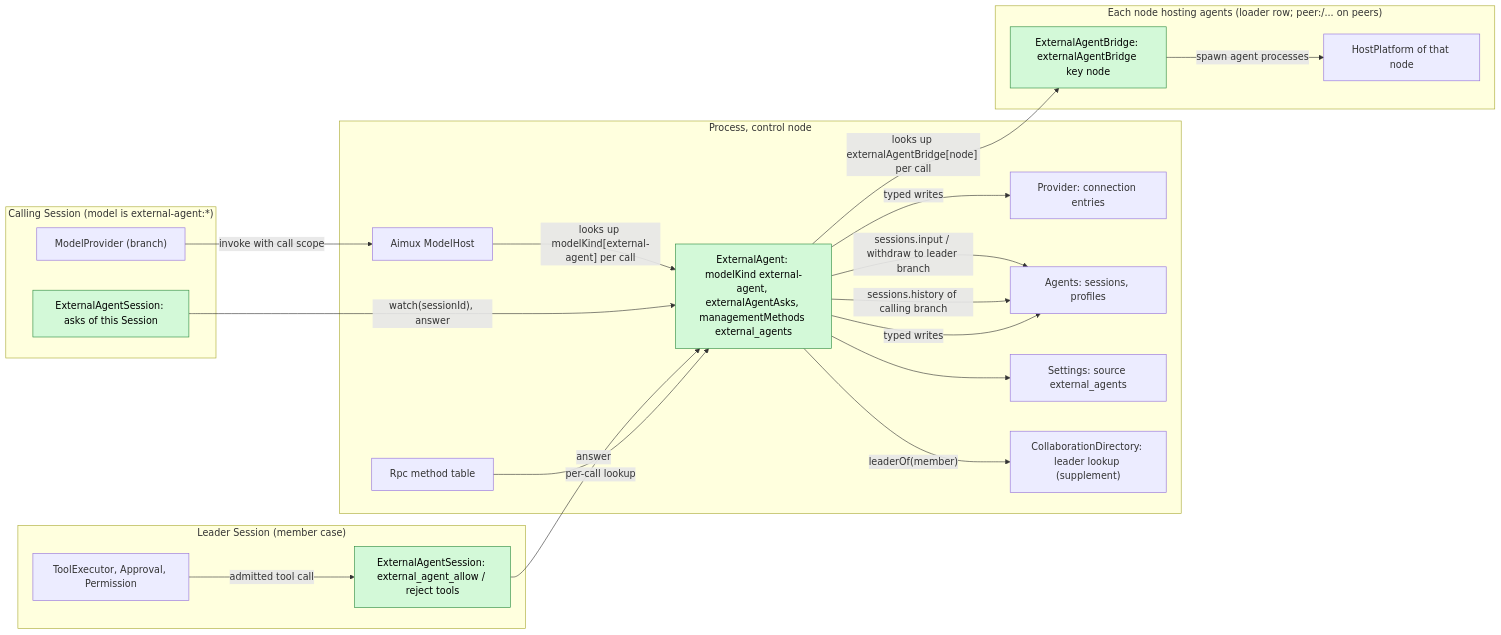
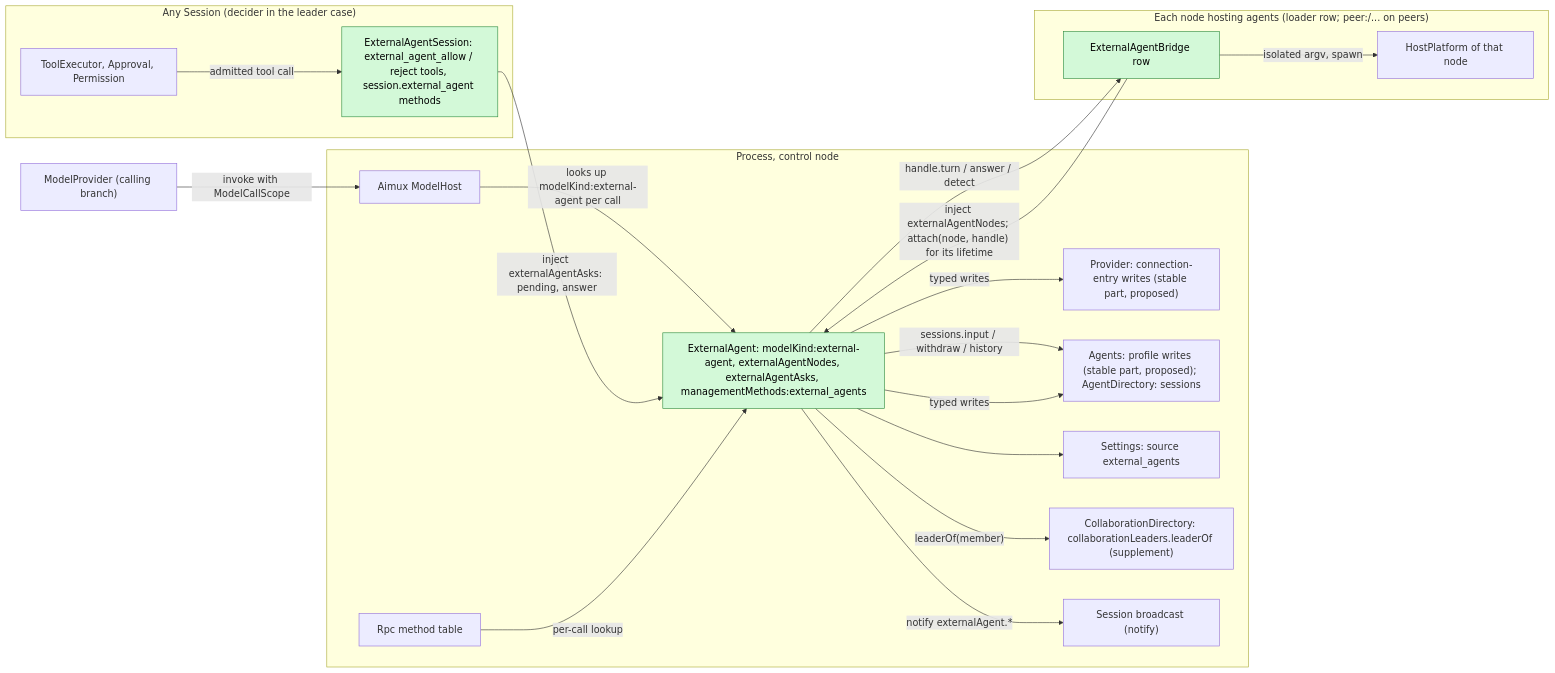
One commit to CoutinhoTTS/dim-agent changed the first of 5 diagrams in docs/design/plugins/ExternalAgent.md. Above: the diagram before and after it, drawn with Mermaid. The commit also changed other lines of this file and 7 other files, not shown here.

First line of the commit message:
docs(external-agent): bring ExternalAgent design to a Ready candidate

````diff
--- a/docs/design/plugins/ExternalAgent.md
+++ b/docs/design/plugins/ExternalAgent.md
@@ -21,39 +33,37 @@
 ```mermaid
 flowchart LR
   classDef new fill:#d3f9d8,stroke:#2b8a3e,color:#000
   subgraph proc["Process, control node"]
-    EA["ExternalAgent: modelKind external-agent, externalAgentAsks, managementMethods external_agents"]:::new
+    EA["ExternalAgent: modelKind:external-agent, externalAgentNodes, externalAgentAsks, managementMethods:external_agents"]:::new
     Aimux["Aimux ModelHost"]
-    Provider["Provider: connection entries"]
-    Agents["Agents: sessions, profiles"]
+    PW["Provider: connection-entry writes (stable part, proposed)"]
+    AW["Agents: profile writes (stable part, proposed); AgentDirectory: sessions"]
     Settings["Settings: source external_agents"]
-    CD["CollaborationDirectory: leader lookup (supplement)"]
+    CD["CollaborationDirectory: collaborationLeaders.leaderOf (supplement)"]
     Rpc["Rpc method table"]
+    SB["Session broadcast (notify)"]
   end
   subgraph node["Each node hosting agents (loader row; peer:<node>/... on peers)"]
-    BR["ExternalAgentBridge: externalAgentBridge key node"]:::new
+    BR["ExternalAgentBridge row"]:::new
     HP["HostPlatform of that node"]
   end
-  subgraph calling["Calling Session (model is external-agent:*)"]
-    MP["ModelProvider (branch)"]
-    ES1["ExternalAgentSession: asks of this Session"]:::new
-  end
-  subgraph leader["Leader Session (member case)"]
-    ES2["ExternalAgentSession: external_agent_allow / reject tools"]:::new
+  subgraph leader["Any Session (decider in the leader case)"]
+    ES["ExternalAgentSession: external_agent_allow / reject tools, session.external_agent methods"]:::new
     TE["ToolExecutor, Approval, Permission"]
   end
-  MP -->|"invoke with call scope"| Aimux
-  Aimux -->|"looks up modelKind[external-agent] per call"| EA
-  EA -->|"looks up externalAgentBridge[node] per call"| BR
-  BR -->|"spawn agent processes"| HP
+  MP["ModelProvider (calling branch)"]
+  MP -->|"invoke with ModelCallScope"| Aimux
+  Aimux -->|"looks up modelKind:external-agent per call"| EA
+  BR -->|"inject externalAgentNodes; attach(node, handle) for its lifetime"| EA
+  EA -->|"handle.turn / answer / detect"| BR
+  BR -->|"isolated argv, spawn"| HP
   EA -->|"leaderOf(member)"| CD
-  EA -->|"sessions.input / withdraw to leader branch"| Agents
-  EA -->|"sessions.history of calling branch"| Agents
-  ES1 -->|"watch(sessionId), answer"| EA
-  TE -->|"admitted tool call"| ES2
-  ES2 -->|"answer"| EA
+  EA -->|"sessions.input / withdraw / history"| AW
+  EA -->|"notify externalAgent.*"| SB
+  TE -->|"admitted tool call"| ES
+  ES -->|"inject externalAgentAsks: pending, answer"| EA
   Rpc -->|"per-call lookup"| EA
   EA --> Settings
-  EA -->|"typed writes"| Provider
-  EA -->|"typed writes"| Agents
+  EA -->|"typed writes"| PW
+  EA -->|"typed writes"| AW
 ```
````
